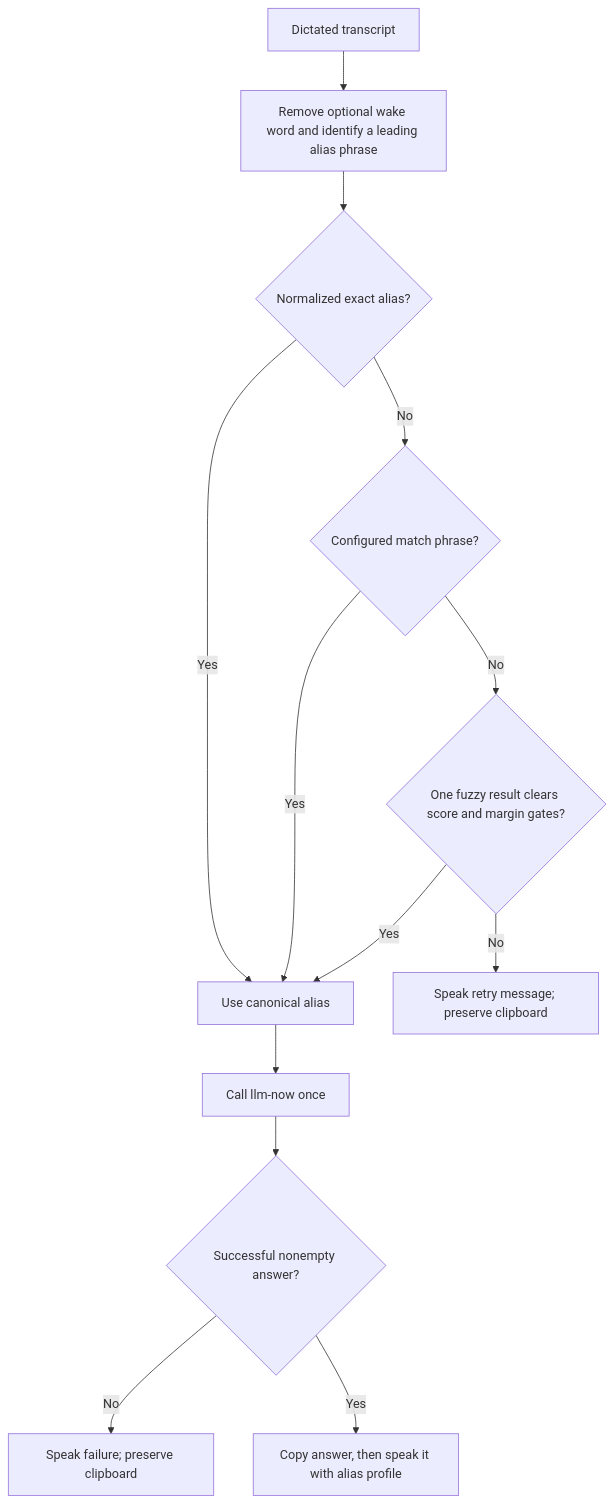
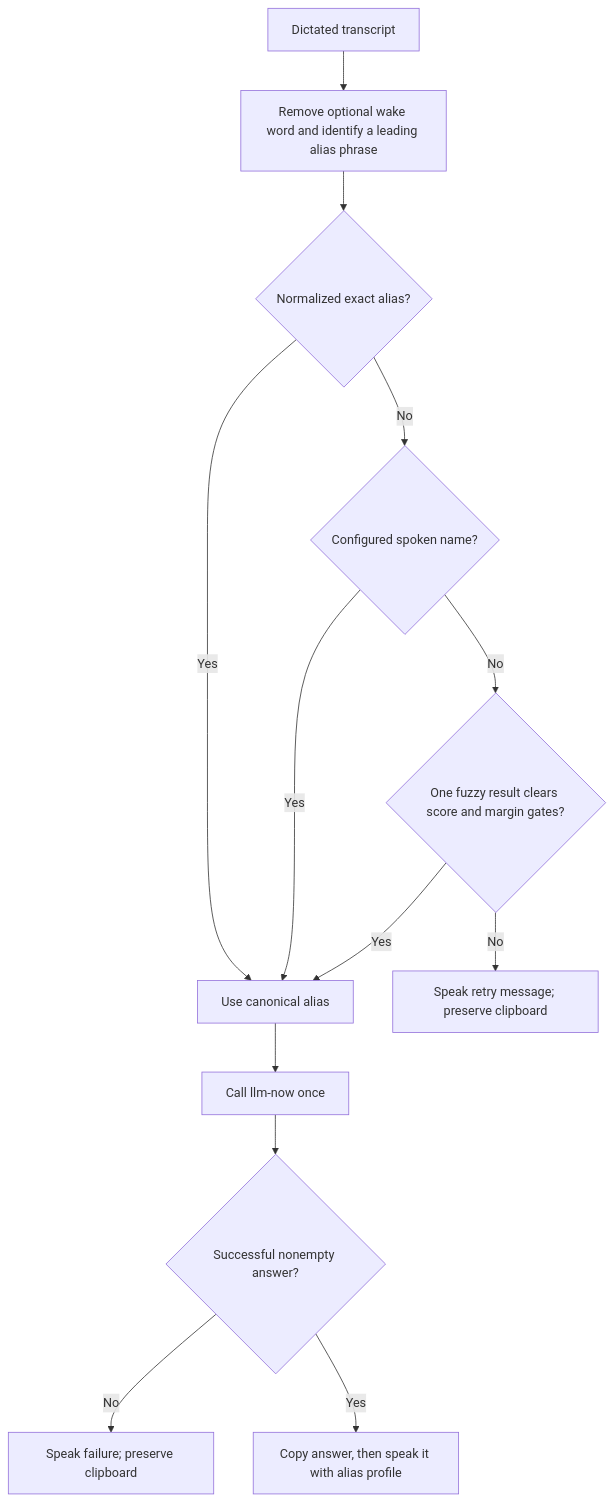
One commit to swartzrock/llm-now changed the first of 3 diagrams in docs/plans/2026-07-30-001-feat-macos-voice-shortcut-plan.md. Above: the diagram before and after it, drawn with Mermaid. The commit also changed other lines of this file and 20 other files, not shown here.

````diff
--- a/docs/plans/2026-07-30-001-feat-macos-voice-shortcut-plan.md
+++ b/docs/plans/2026-07-30-001-feat-macos-voice-shortcut-plan.md
@@ -110,15 +110,15 @@
 ```mermaid
 flowchart TB
   A["Dictated transcript"] --> B["Remove optional wake word and identify a leading alias phrase"]
   B --> C{"Normalized exact alias?"}
   C -->|Yes| G["Use canonical alias"]
-  C -->|No| D{"Configured match phrase?"}
+  C -->|No| D{"Configured spoken name?"}
   D -->|Yes| G
   D -->|No| E{"One fuzzy result clears score and margin gates?"}
   E -->|Yes| G
   E -->|No| F["Speak retry message; preserve clipboard"]
   G --> H["Call llm-now once"]
   H --> I{"Successful nonempty answer?"}
   I -->|No| J["Speak failure; preserve clipboard"]
   I -->|Yes| K["Copy answer, then speak it with alias profile"]
 ```
````
